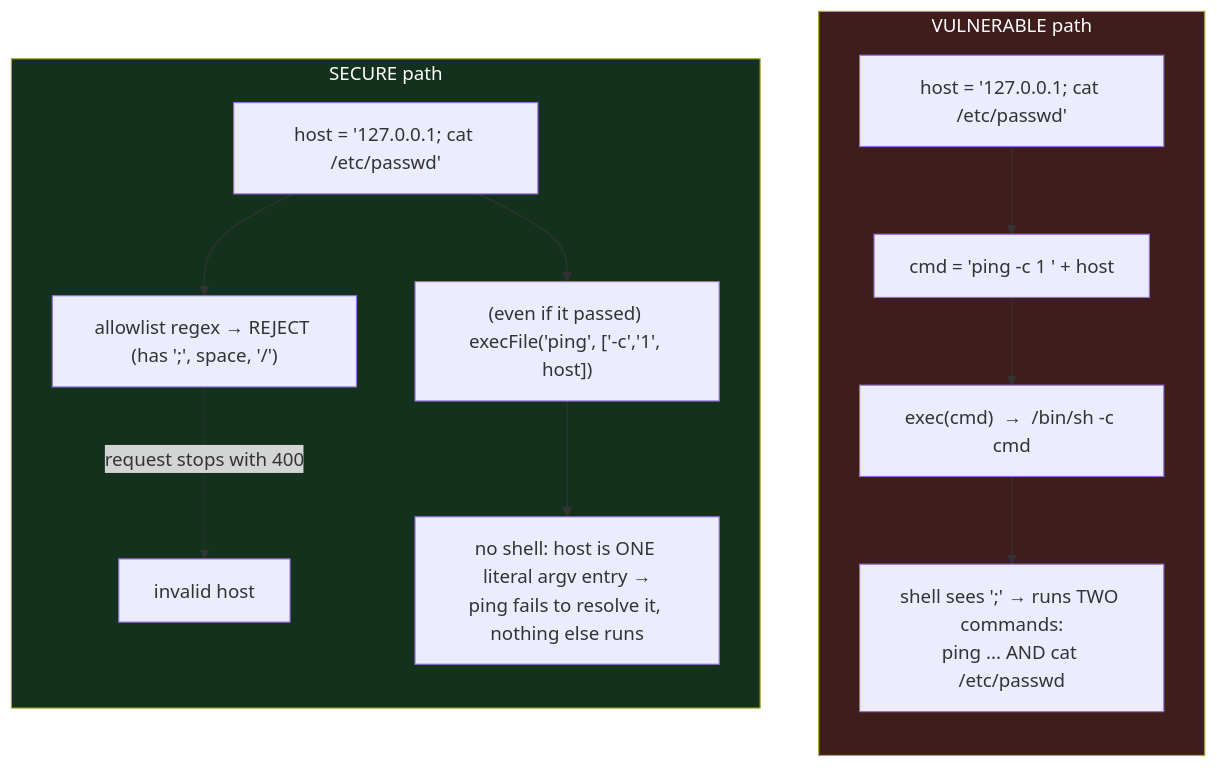
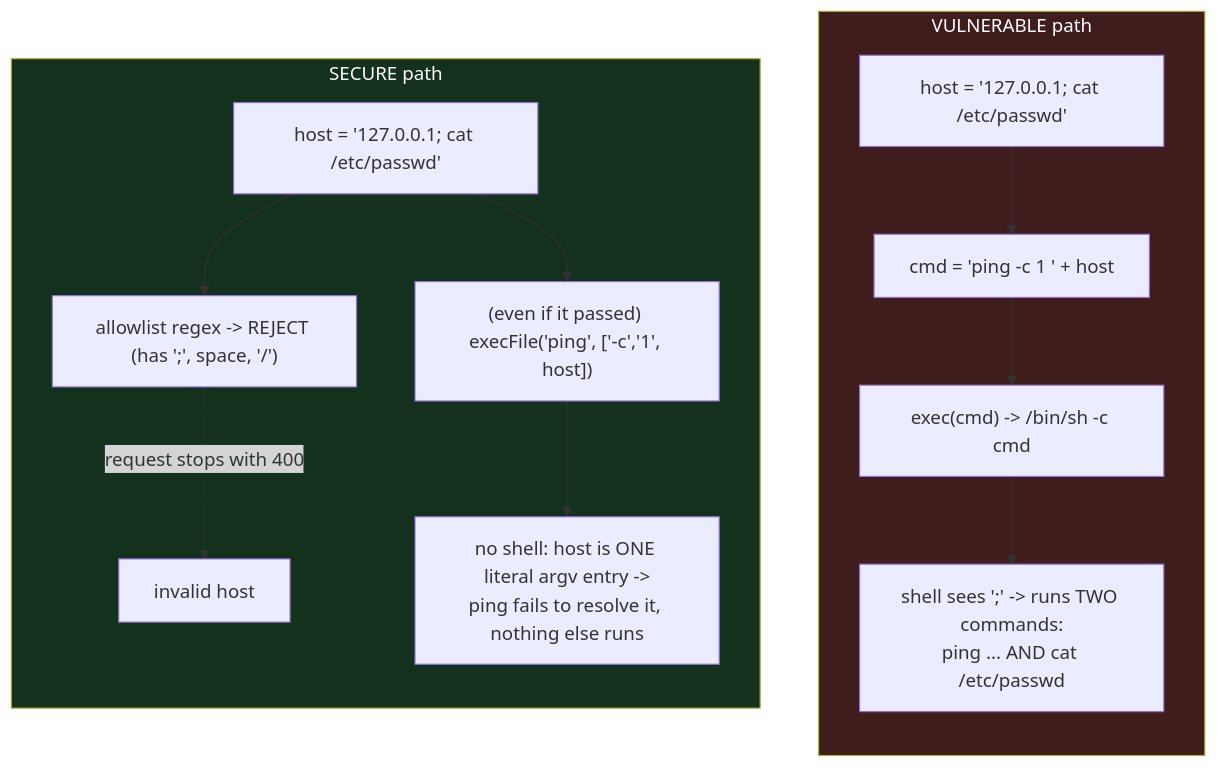
One commit to Rabtens/AS2025_WEB404_02230289_Assignment2 changed the second of 2 diagrams in cmdi-lab/README.md. Above: the diagram before and after it, drawn with Mermaid. The commit also changed other lines of this file, not shown here.

Commit message:
assignment2-cmdi

````diff
--- a/cmdi-lab/README.md
+++ b/cmdi-lab/README.md
@@ -96,23 +96,23 @@
 ```mermaid
 flowchart TB
-    subgraph V[VULNERABLE path]
+    subgraph V["VULNERABLE path"]
       direction TB
       V1["host = '127.0.0.1; cat /etc/passwd'"]
       V2["cmd = 'ping -c 1 ' + host"]
-      V3["exec(cmd)  →  /bin/sh -c cmd"]
-      V4["shell sees ';' → runs TWO commands:\nping ... AND cat /etc/passwd"]
+      V3["exec(cmd) -> /bin/sh -c cmd"]
+      V4["shell sees ';' -> runs TWO commands:<br/>ping ... AND cat /etc/passwd"]
       V1 --> V2 --> V3 --> V4
     end
-    subgraph SEC[SECURE path]
+    subgraph SEC["SECURE path"]
       direction TB
       S1["host = '127.0.0.1; cat /etc/passwd'"]
-      S2["allowlist regex → REJECT (has ';', space, '/')"]
+      S2["allowlist regex -> REJECT (has ';', space, '/')"]
       S3["(even if it passed) execFile('ping', ['-c','1', host])"]
-      S4["no shell: host is ONE literal argv entry →\nping fails to resolve it, nothing else runs"]
+      S4["no shell: host is ONE literal argv entry -><br/>ping fails to resolve it, nothing else runs"]
       S1 --> S2
-      S2 -.->|request stops with 400| X[invalid host]
+      S2 -.->|"request stops with 400"| X["invalid host"]
       S1 --> S3 --> S4
     end
     style V fill:#3f1d1d,color:#fff
     style SEC fill:#14311d,color:#fff
 ```
````
